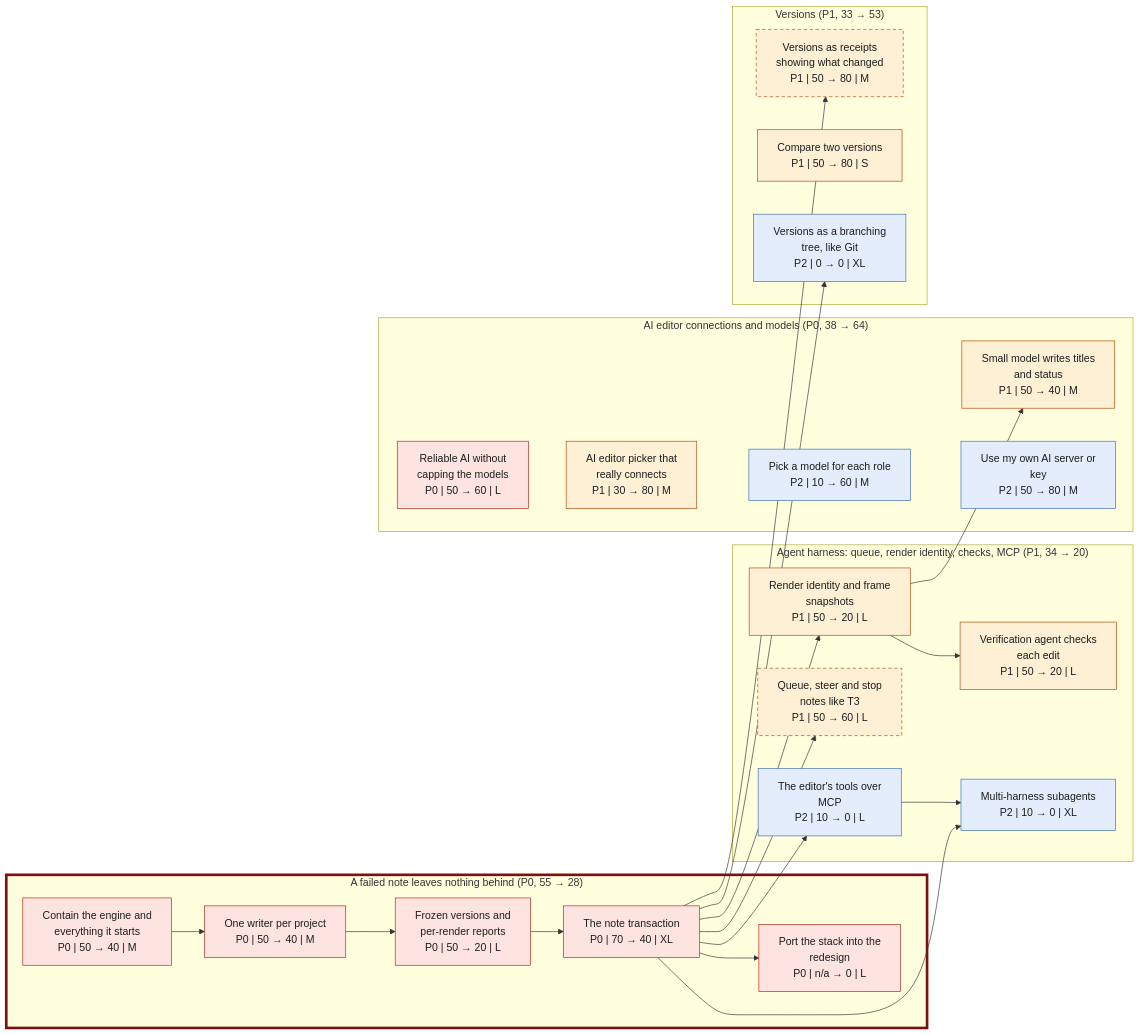
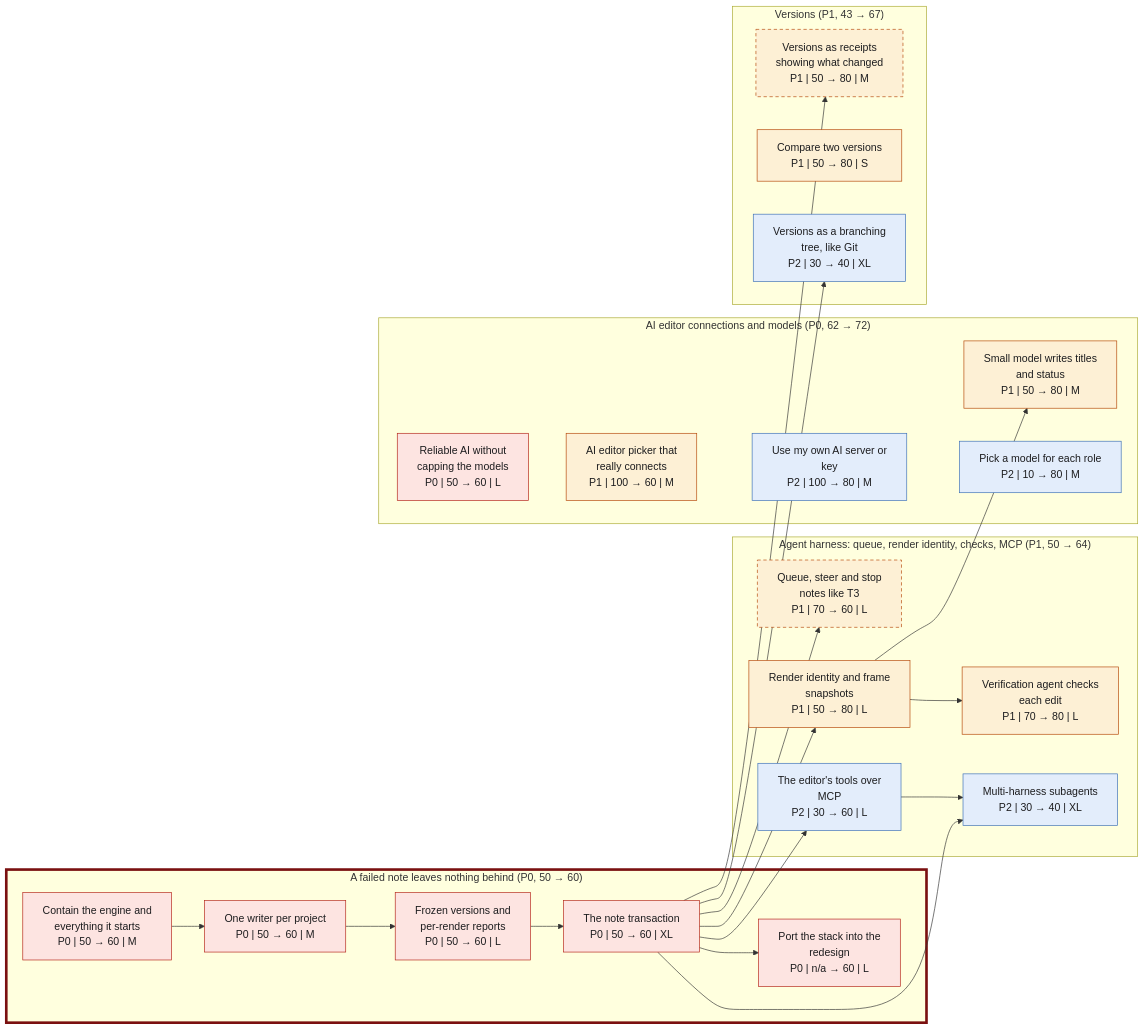
The fourth of 8 diagrams in roadmap-graphs.md (SamGu-NRX/reel-studio-app), drawn with Mermaid before and after one commit. The commit also changed other lines of this file and 7 other files, not shown here.

First line of the commit message:
docs: roadmap snapshot 2026-11-05

````diff
--- a/roadmap-graphs.md
+++ b/roadmap-graphs.md
@@ -197,56 +200,57 @@
 ```mermaid
 flowchart LR
-    subgraph n_notes_all_or_nothing_g["A failed note leaves nothing behind (P0, 55 → 28)"]
-        n_fn_port["Port the stack into the<br/>redesign<br/>P0 | n/a → 0 | L"]
-        n_fn_reports["Frozen versions and<br/>per-render reports<br/>P0 | 50 → 20 | L"]
-        n_fn_contain["Contain the engine and<br/>everything it starts<br/>P0 | 50 → 40 | M"]
-        n_fn_owner["One writer per project<br/>P0 | 50 → 40 | M"]
-        n_fn_transaction["The note transaction<br/>P0 | 70 → 40 | XL"]
+    subgraph n_notes_all_or_nothing_g["A failed note leaves nothing behind (P0, 50 → 60)"]
+        n_fn_contain["Contain the engine and<br/>everything it starts<br/>P0 | 50 → 60 | M"]
+        n_fn_owner["One writer per project<br/>P0 | 50 → 60 | M"]
+        n_fn_reports["Frozen versions and<br/>per-render reports<br/>P0 | 50 → 60 | L"]
+        n_fn_transaction["The note transaction<br/>P0 | 50 → 60 | XL"]
+        n_fn_port["Port the stack into the<br/>redesign<br/>P0 | n/a → 60 | L"]
     end
-    subgraph n_agent_harness_g["Agent harness: queue, render identity, checks, MCP (P1, 34 → 20)"]
-        n_ai_frame_snapshot["Render identity and frame<br/>snapshots<br/>P1 | 50 → 20 | L"]
-        n_checker_agent["Verification agent checks<br/>each edit<br/>P1 | 50 → 20 | L"]
-        n_queue_steer_stop["Queue, steer and stop<br/>notes like T3<br/>P1 | 50 → 60 | L"]
-        n_ah_mcp["The editor's tools over<br/>MCP<br/>P2 | 10 → 0 | L"]
-        n_ah_subagents["Multi-harness subagents<br/>P2 | 10 → 0 | XL"]
+    subgraph n_agent_harness_g["Agent harness: queue, render identity, checks, MCP (P1, 50 → 64)"]
+        n_queue_steer_stop["Queue, steer and stop<br/>notes like T3<br/>P1 | 70 → 60 | L"]
+        n_ai_frame_snapshot["Render identity and frame<br/>snapshots<br/>P1 | 50 → 80 | L"]
+        n_checker_agent["Verification agent checks<br/>each edit<br/>P1 | 70 → 80 | L"]
+        n_ah_subagents["Multi-harness subagents<br/>P2 | 30 → 40 | XL"]
+        n_ah_mcp["The editor's tools over<br/>MCP<br/>P2 | 30 → 60 | L"]
     end
-    subgraph n_ep_ai_editor_g["AI editor connections and models (P0, 38 → 64)"]
+    subgraph n_ep_ai_editor_g["AI editor connections and models (P0, 62 → 72)"]
         n_reliable_ai["Reliable AI without<br/>capping the models<br/>P0 | 50 → 60 | L"]
-        n_small_model_titles["Small model writes titles<br/>and status<br/>P1 | 50 → 40 | M"]
-        n_ai_picker_connects["AI editor picker that<br/>really connects<br/>P1 | 30 → 80 | M"]
-        n_per_role_models["Pick a model for each role<br/>P2 | 10 → 60 | M"]
-        n_custom_ai_server["Use my own AI server or<br/>key<br/>P2 | 50 → 80 | M"]
+        n_ai_picker_connects["AI editor picker that<br/>really connects<br/>P1 | 100 → 60 | M"]
+        n_small_model_titles["Small model writes titles<br/>and status<br/>P1 | 50 → 80 | M"]
+        n_custom_ai_server["Use my own AI server or<br/>key<br/>P2 | 100 → 80 | M"]
+        n_per_role_models["Pick a model for each role<br/>P2 | 10 → 80 | M"]
     end
-    subgraph n_ep_versions_g["Versions (P1, 33 → 53)"]
+    subgraph n_ep_versions_g["Versions (P1, 43 → 67)"]
         n_version_receipts["Versions as receipts<br/>showing what changed<br/>P1 | 50 → 80 | M"]
         n_compare_versions["Compare two versions<br/>P1 | 50 → 80 | S"]
-        n_version_tree["Versions as a branching<br/>tree, like Git<br/>P2 | 0 → 0 | XL"]
+        n_version_tree["Versions as a branching<br/>tree, like Git<br/>P2 | 30 → 40 | XL"]
     end
+    n_fn_contain --> n_fn_owner
+    n_fn_owner --> n_fn_reports
+    n_fn_reports --> n_fn_transaction
     n_fn_transaction --> n_fn_port
-    n_fn_owner --> n_fn_reports
-    n_fn_contain --> n_fn_owner
-    n_fn_reports --> n_fn_transaction
+    n_fn_transaction --> n_queue_steer_stop
     n_fn_transaction --> n_ai_frame_snapshot
     n_ai_frame_snapshot --> n_checker_agent
-    n_fn_transaction --> n_queue_steer_stop
-    n_fn_transaction --> n_ah_mcp
     n_fn_transaction --> n_ah_subagents
     n_ah_mcp --> n_ah_subagents
+    n_fn_transaction --> n_ah_mcp
     n_ai_frame_snapshot --> n_small_model_titles
     n_fn_transaction --> n_version_receipts
     n_fn_transaction --> n_version_tree
-    n_reliable_ai ~~~ n_ai_picker_connects ~~~ n_per_role_models ~~~ n_custom_ai_server
+    n_reliable_ai ~~~ n_ai_picker_connects ~~~ n_custom_ai_server ~~~ n_per_role_models
     classDef p0 fill:#fde4e1,stroke:#b42318,color:#1d1d1f
     classDef p1 fill:#fdf0d5,stroke:#b54708,color:#1d1d1f
     classDef p2 fill:#e3edfb,stroke:#3b6fb6,color:#1d1d1f
     classDef p3 fill:#eeeeef,stroke:#8a8a8f,color:#1d1d1f
+    classDef dropped fill:#ffffff,stroke:#b0b0b5,color:#8a8a8f
     classDef outside fill:#ffffff,stroke:#b0b0b5,color:#6b6b70,stroke-dasharray:2 2
     classDef blocker fill:#ffffff,stroke:#6b6b70,color:#1d1d1f,stroke-dasharray:5 4
     classDef waits stroke-dasharray:5 4
     classDef hardest stroke:#7a1010,stroke-width:4px
-    class n_fn_port,n_fn_reports,n_fn_contain,n_fn_owner,n_fn_transaction,n_reliable_ai p0
-    class n_ai_frame_snapshot,n_checker_agent,n_queue_steer_stop,n_small_model_titles,n_ai_picker_connects,n_version_receipts,n_compare_versions p1
+    class n_fn_contain,n_fn_owner,n_fn_reports,n_fn_transaction,n_fn_port,n_reliable_ai p0
+    class n_queue_steer_stop,n_ai_frame_snapshot,n_checker_agent,n_ai_picker_connects,n_small_model_titles,n_version_receipts,n_compare_versions p1
     class n_queue_steer_stop,n_version_receipts waits
-    class n_ah_mcp,n_ah_subagents,n_per_role_models,n_custom_ai_server,n_version_tree p2
+    class n_ah_subagents,n_ah_mcp,n_custom_ai_server,n_per_role_models,n_version_tree p2
     style n_notes_all_or_nothing_g stroke:#7a1010,stroke-width:4px
 ```
````
